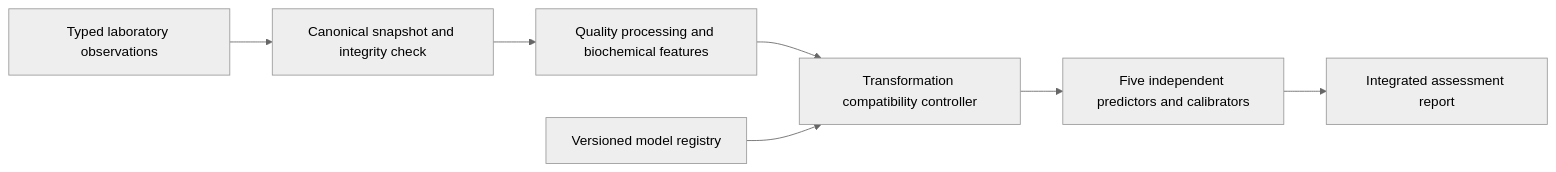
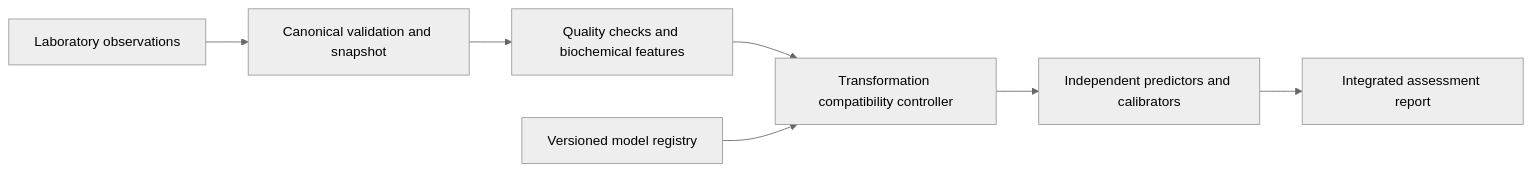
One commit to mj-112358/PredictX-Final changed the diagram in README.md. Above: the diagram before and after it, drawn with Mermaid (neutral theme). The commit also changed other lines of this file, not shown here.

````diff
--- a/README.md
+++ b/README.md
@@ -7,9 +7,9 @@
 ```mermaid
 flowchart LR
-    A[Typed laboratory observations] --> B[Canonical snapshot and integrity check]
-    B --> C[Quality processing and biochemical features]
+    A[Laboratory observations] --> B[Canonical validation and snapshot]
+    B --> C[Quality checks and biochemical features]
     C --> D[Transformation compatibility controller]
     R[Versioned model registry] --> D
-    D --> E[Five independent predictors and calibrators]
+    D --> E[Independent predictors and calibrators]
     E --> F[Integrated assessment report]
 ```
````
